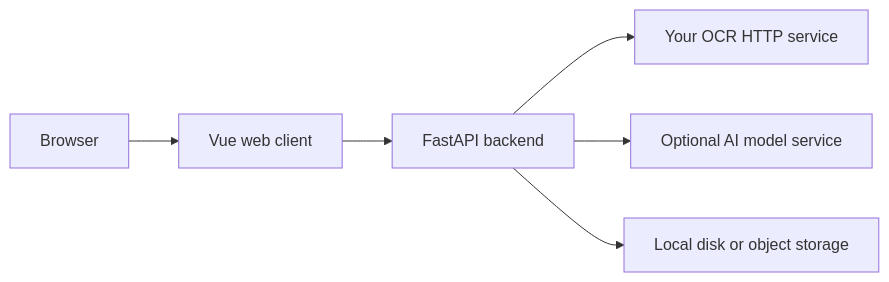
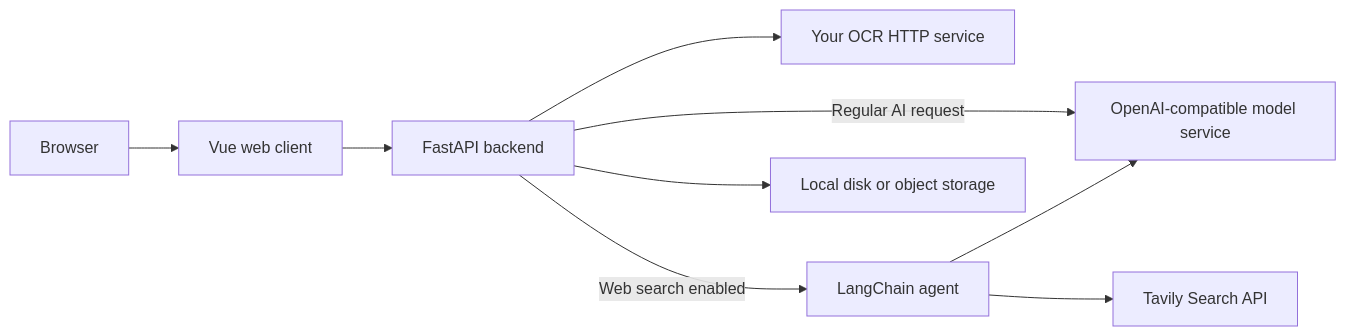
The diagram in README.en.md (zhe-w12/DocuCraft), drawn with Mermaid before and after one commit. The commit also changed other lines of this file and 6 other files, not shown here.

Commit message:
更新 LangChain 技术栈文档

````diff
--- a/README.en.md
+++ b/README.en.md
@@ -22,8 +22,11 @@
 ```mermaid
 flowchart LR
     User[Browser] --> Web[Vue web client]
     Web --> API[FastAPI backend]
     API --> OCR[Your OCR HTTP service]
-    API --> AI[Optional AI model service]
+    API -->|Regular AI request| AI[OpenAI-compatible model service]
+    API -->|Web search enabled| Agent[LangChain agent]
+    Agent --> AI
+    Agent --> Tavily[Tavily Search API]
     API --> Store[Local disk or object storage]
 ```
````
